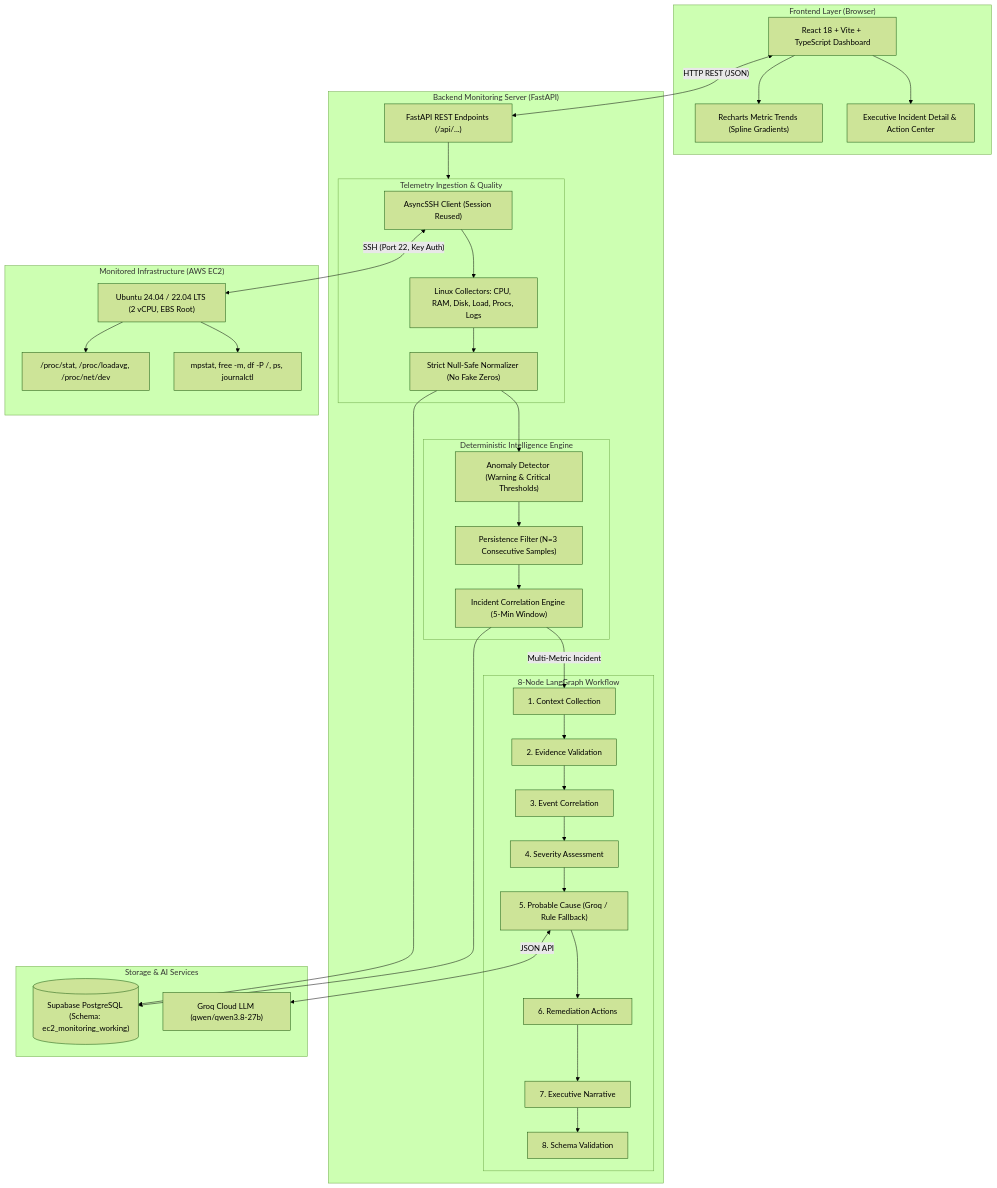
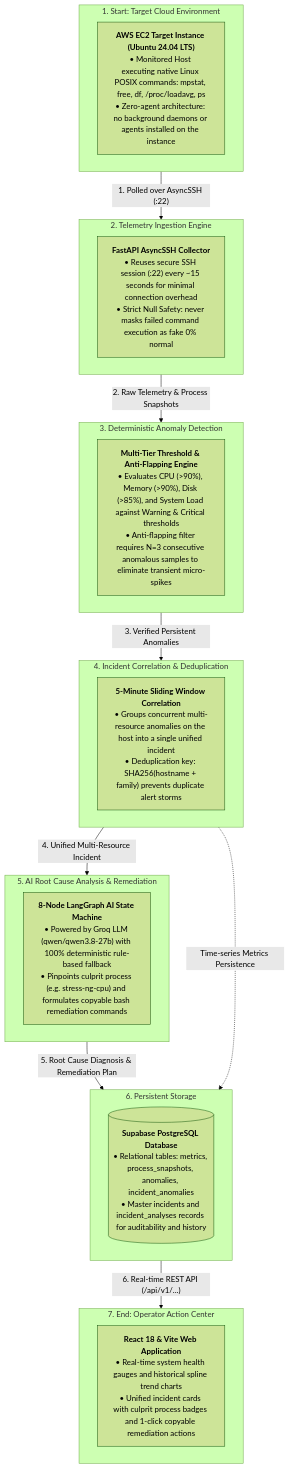
The diagram in README.md (Muralidharan-Muthu/EC2_Monitoring_and_Incident_Analysis_System), drawn with Mermaid (forest theme) before and after one commit. The commit also changed other lines of this file and 15 other files, not shown here.

Commit message:
feat: implement EC2 monitoring system with incident correlation, backend services, and frontend dashboard

````diff
--- a/README.md
+++ b/README.md
@@ -83,60 +14,38 @@
 ```mermaid
-graph TD
-    subgraph Client ["Frontend Layer (Browser)"]
-        UI["React 18 + Vite + TypeScript Dashboard"]
-        Charts["Recharts Metric Trends (Spline Gradients)"]
-        IncidentView["Executive Incident Detail & Action Center"]
-        UI --> Charts
-        UI --> IncidentView
+flowchart TD
+    subgraph S1 ["1. Start: Target Cloud Environment"]
+        EC2["<b>AWS EC2 Target Instance (Ubuntu 24.04 LTS)</b><br/>• Monitored Host executing native Linux POSIX commands: mpstat, free, df, /proc/loadavg, ps<br/>• Zero-agent architecture: no background daemons or agents installed on the instance"]
     end
 
-    subgraph BackendServer ["Backend Monitoring Server (FastAPI)"]
-        API["FastAPI REST Endpoints (/api/...)"]
-        
-        subgraph Ingestion ["Telemetry Ingestion & Quality"]
-            SSHClient["AsyncSSH Client (Session Reused)"]
-            Collectors["Linux Collectors: CPU, RAM, Disk, Load, Procs, Logs"]
-            Normalizer["Strict Null-Safe Normalizer (No Fake Zeros)"]
-            SSHClient --> Collectors --> Normalizer
-        end
-
-        subgraph DetectionEngine ["Deterministic Intelligence Engine"]
-            AnomalyDetector["Anomaly Detector (Warning & Critical Thresholds)"]
-            PersistenceTracker["Persistence Filter (N=3 Consecutive Samples)"]
-            CorrelationEngine["Incident Correlation Engine (5-Min Window)"]
-            Normalizer --> AnomalyDetector --> PersistenceTracker --> CorrelationEngine
-        end
-
-        subgraph AIWorkflow ["8-Node LangGraph Workflow"]
-            LG1["1. Context Collection"] --> LG2["2. Evidence Validation"]
-            LG2 --> LG3["3. Event Correlation"]
-            LG3 --> LG4["4. Severity Assessment"]
-            LG4 --> LG5["5. Probable Cause (Groq / Rule Fallback)"]
-            LG5 --> LG6["6. Remediation Actions"]
-            LG6 --> LG7["7. Executive Narrative"]
-            LG7 --> LG8["8. Schema Validation"]
-        end
-
-        CorrelationEngine -->|"Multi-Metric Incident"| LG1
+    subgraph S2 ["2. Telemetry Ingestion Engine"]
+        SSH["<b>FastAPI AsyncSSH Collector</b><br/>• Reuses secure SSH session (:22) every ~15 seconds for minimal connection overhead<br/>• Strict Null Safety: never masks failed command execution as fake 0% normal"]
     end
 
-    subgraph TargetHost ["Monitored Infrastructure (AWS EC2)"]
-        EC2["Ubuntu 24.04 / 22.04 LTS (2 vCPU, EBS Root)"]
-        ProcFS["/proc/stat, /proc/loadavg, /proc/net/dev"]
-        SysTools["mpstat, free -m, df -P /, ps, journalctl"]
-        EC2 --> ProcFS
-        EC2 --> SysTools
+    subgraph S3 ["3. Deterministic Anomaly Detection"]
+        RULES["<b>Multi-Tier Threshold & Anti-Flapping Engine</b><br/>• Evaluates CPU (>90%), Memory (>90%), Disk (>85%), and System Load against Warning & Critical thresholds<br/>• Anti-flapping filter requires N=3 consecutive anomalous samples to eliminate transient micro-spikes"]
     end
 
-    subgraph Persistence ["Storage & AI Services"]
-        Supabase[("Supabase PostgreSQL (Schema: ec2_monitoring_working)")]
-        Groq["Groq Cloud LLM (qwen/qwen3.8-27b)"]
+    subgraph S4 ["4. Incident Correlation & Deduplication"]
+        CORR["<b>5-Minute Sliding Window Correlation</b><br/>• Groups concurrent multi-resource anomalies on the host into a single unified incident<br/>• Deduplication key: SHA256(hostname + family) prevents duplicate alert storms"]
     end
 
-    UI <-->|"HTTP REST (JSON)"| API
-    API --> Ingestion
-    Normalizer --> Supabase
-    CorrelationEngine --> Supabase
-    SSHClient <-->|"SSH (Port 22, Key Auth)"| EC2
-    LG5 <-->|"JSON API"| Groq
+    subgraph S5 ["5. AI Root Cause Analysis & Remediation"]
+        AI["<b>8-Node LangGraph AI State Machine</b><br/>• Powered by Groq LLM (qwen/qwen3.8-27b) with 100% deterministic rule-based fallback<br/>• Pinpoints culprit process (e.g. stress-ng-cpu) and formulates copyable bash remediation commands"]
+    end
+
+    subgraph S6 ["6. Persistent Storage"]
+        DB[("<b>Supabase PostgreSQL Database</b><br/>• Relational tables: metrics, process_snapshots, anomalies, incident_anomalies<br/>• Master incidents and incident_analyses records for auditability and history")]
+    end
+
+    subgraph S7 ["7. End: Operator Action Center"]
+        UI["<b>React 18 & Vite Web Application</b><br/>• Real-time system health gauges and historical spline trend charts<br/>• Unified incident cards with culprit process badges and 1-click copyable remediation actions"]
+    end
+
+    S1 -->|"1. Polled over AsyncSSH (:22)"| S2
+    S2 -->|"2. Raw Telemetry & Process Snapshots"| S3
+    S3 -->|"3. Verified Persistent Anomalies"| S4
+    S4 -->|"4. Unified Multi-Resource Incident"| S5
+    S5 -->|"5. Root Cause Diagnosis & Remediation Plan"| S6
+    S4 -.->|"Time-series Metrics Persistence"| S6
+    S6 -->|"6. Real-time REST API (/api/v1/...)"| S7
 ```
````
